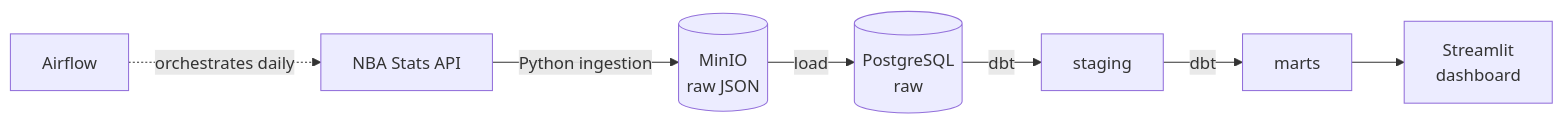
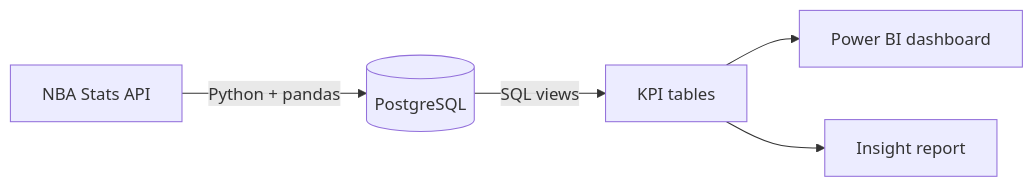
One commit to BenNguyen0204/NBAData changed the diagram in README.md. Above: the diagram before and after it, drawn with Mermaid. The commit also changed other lines of this file, not shown here.

````diff
--- a/README.md
+++ b/README.md
@@ -24,9 +57,7 @@
 ```mermaid
 flowchart LR
-    A[NBA Stats API] -->|Python ingestion| B[(MinIO<br/>raw JSON)]
-    B -->|load| C[(PostgreSQL<br/>raw)]
-    C -->|dbt| D[staging]
-    D -->|dbt| E[marts]
-    E --> F[Streamlit<br/>dashboard]
-    G[Airflow] -.->|orchestrates daily| A
+    A[NBA Stats API] -->|Python + pandas| B[(PostgreSQL)]
+    B -->|SQL views| C[KPI tables]
+    C --> D[Power BI dashboard]
+    C --> E[Insight report]
 ```
````
